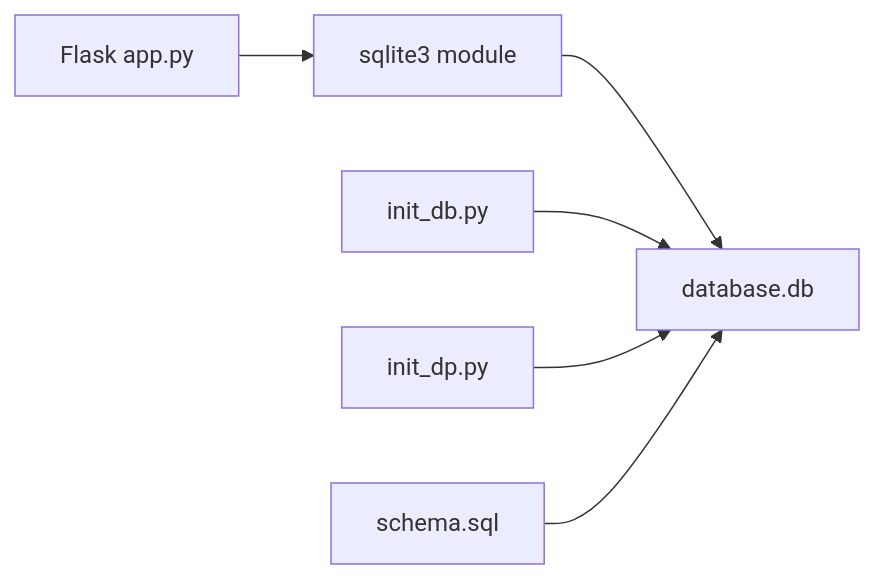
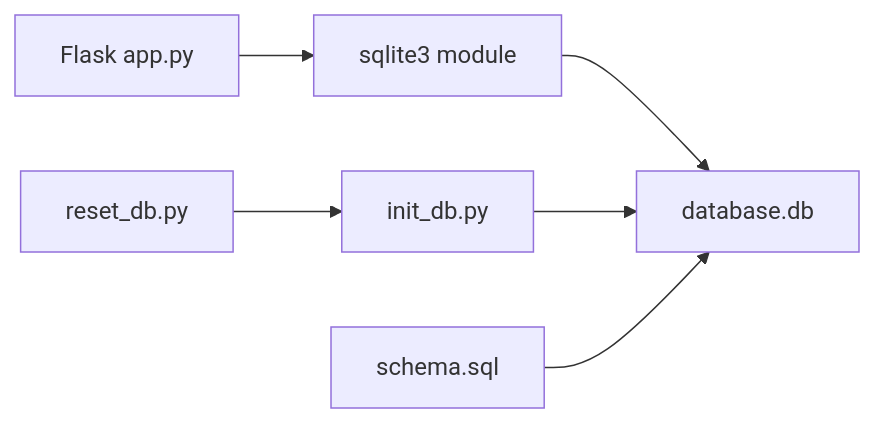
One commit to hsarjun04-netizen/NUTRICooACH changed the sixth of 6 diagrams in .qoder/repowiki/en/content/Backend API Server/Database Schema Design.md. Above: the diagram before and after it, drawn with Mermaid. The commit also changed other lines of this file and 7 other files, not shown here.

````diff
--- a/.qoder/repowiki/en/content/Backend API Server/Database Schema Design.md
+++ b/.qoder/repowiki/en/content/Backend API Server/Database Schema Design.md
@@ -369,8 +437,8 @@
 ```mermaid
 graph LR
 Flask["Flask app.py"] --> sqlite3["sqlite3 module"]
 sqlite3 --> DB["database.db"]
 InitA["init_db.py"] --> DB
-InitB["init_dp.py"] --> DB
+Reset["reset_db.py"] --> InitA
 Schema["schema.sql"] --> DB
 ```
````
